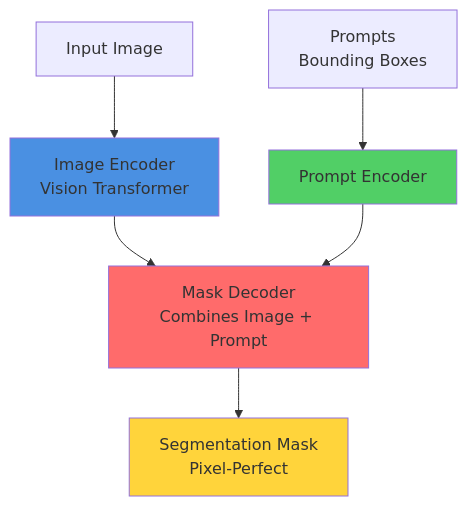
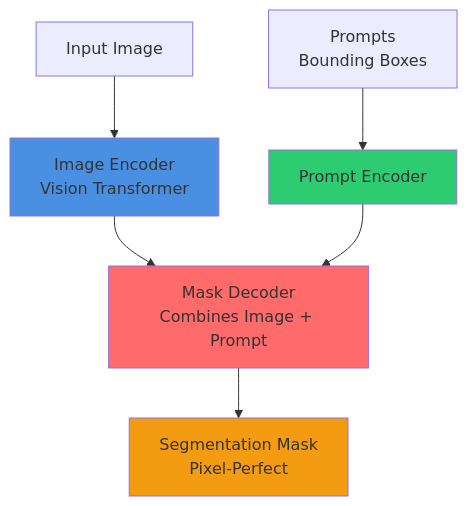
One commit to Omenranr/rag-video changed the ninth of 35 diagrams in README.md. Above: the diagram before and after it, drawn with Mermaid. The commit also changed other lines of this file, not shown here.

````diff
--- a/README.md
+++ b/README.md
@@ -262,15 +262,15 @@
 ```mermaid
 graph TB
     A[Input Image] --> B[Image Encoder<br/>Vision Transformer]
     C[Prompts<br/>Bounding Boxes] --> D[Prompt Encoder]
     
     B --> E[Mask Decoder<br/>Combines Image + Prompt]
     D --> E
     
     E --> F[Segmentation Mask<br/>Pixel-Perfect]
     
     style B fill:#4a90e2
-    style D fill:#51cf66
+    style D fill:#2ecc71
     style E fill:#ff6b6b
-    style F fill:#ffd43b
+    style F fill:#f39c12
 ```
````
